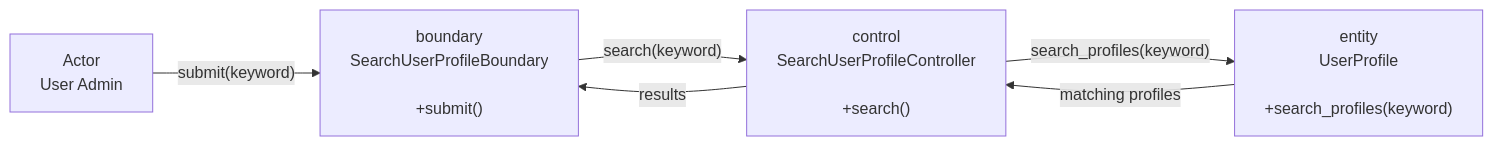
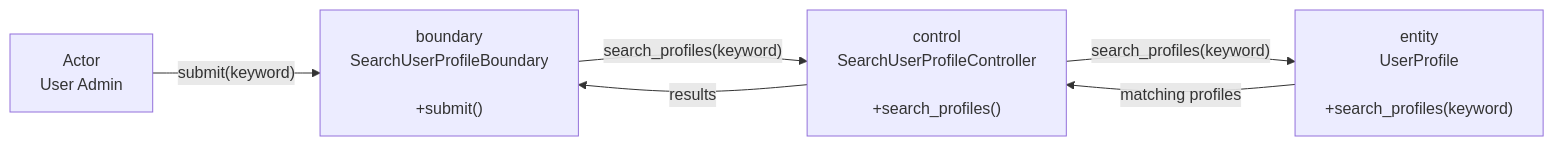
One commit to boyinapuddle/CSIT314-Chinese changed the first of 2 diagrams in diagrams/US05_Search_User_Profiles/README.md. Above: the diagram before and after it, drawn with Mermaid. The commit also changed other lines of this file and 140 other files, not shown here.

````diff
--- a/diagrams/US05_Search_User_Profiles/README.md
+++ b/diagrams/US05_Search_User_Profiles/README.md
@@ -5,12 +5,12 @@
 ```mermaid
 flowchart LR
     N0["Actor<br/>User Admin"]
     N1["boundary<br/>SearchUserProfileBoundary<br/><br/>+submit()"]
-    N2["control<br/>SearchUserProfileController<br/><br/>+search()"]
+    N2["control<br/>SearchUserProfileController<br/><br/>+search_profiles()"]
     N3["entity<br/>UserProfile<br/><br/>+search_profiles(keyword)"]
     N0 -->|"submit(keyword)"| N1
-    N1 -->|"search(keyword)"| N2
+    N1 -->|"search_profiles(keyword)"| N2
     N2 -->|"search_profiles(keyword)"| N3
     N3 -->|"matching profiles"| N2
     N2 -->|"results"| N1
 ```
````
